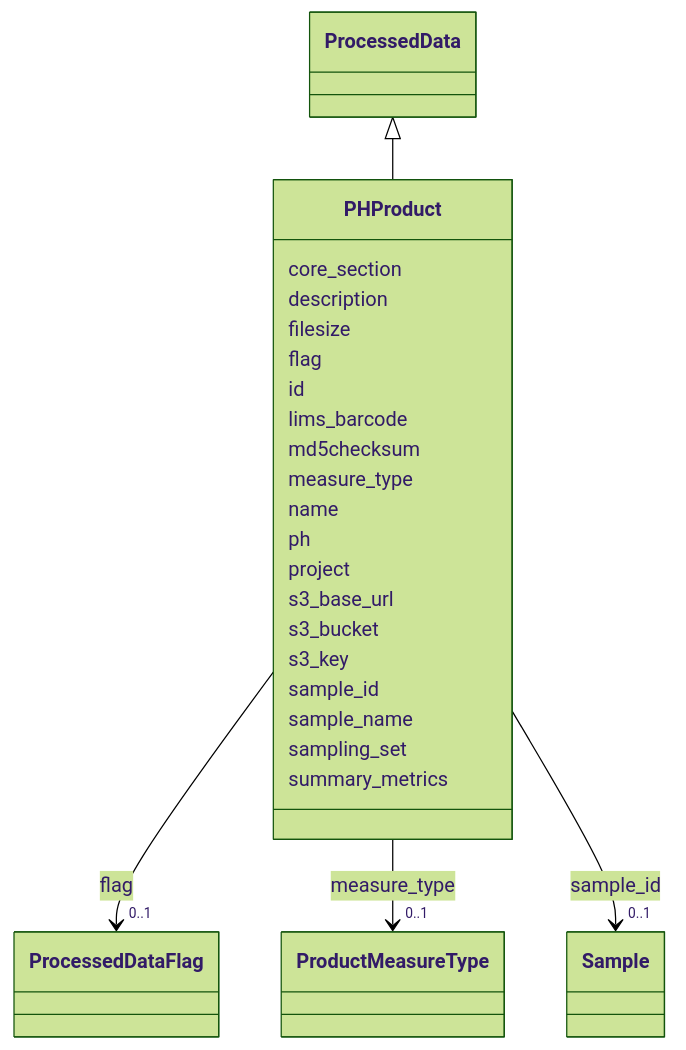
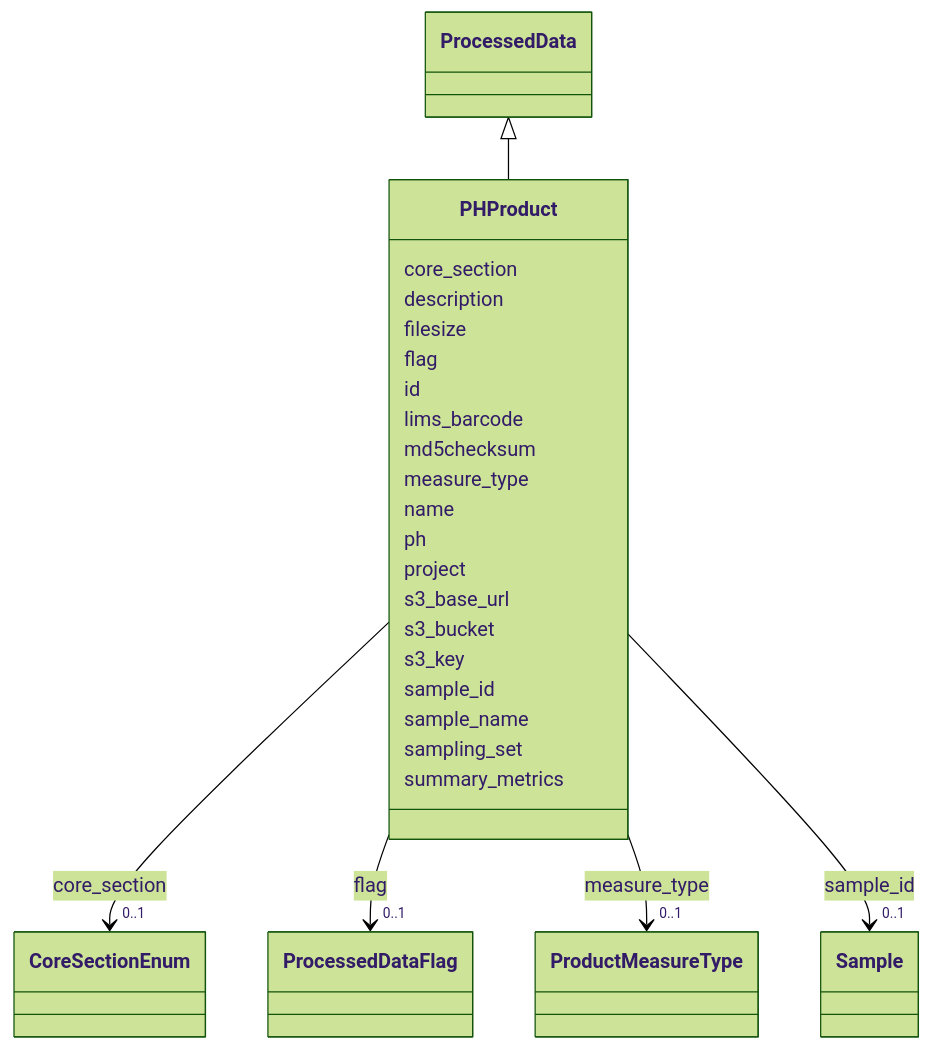
The diagram in docs/elements/PHProduct.md (EMSL-Computing/BASALT-Schema), drawn with Mermaid (forest theme) before and after one commit. The commit also changed other lines of this file and 388 other files, not shown here.

```diff
--- a/docs/elements/PHProduct.md
+++ b/docs/elements/PHProduct.md
@@ -19,6 +19,16 @@
         click ProcessedData href "../ProcessedData"
       
       PHProduct : core_section
+        
+          
+    
+    
+    
+    
+    PHProduct --> "0..1" CoreSectionEnum : core_section
+    click CoreSectionEnum href "../CoreSectionEnum"
+    
+
         
       PHProduct : description
         
```
